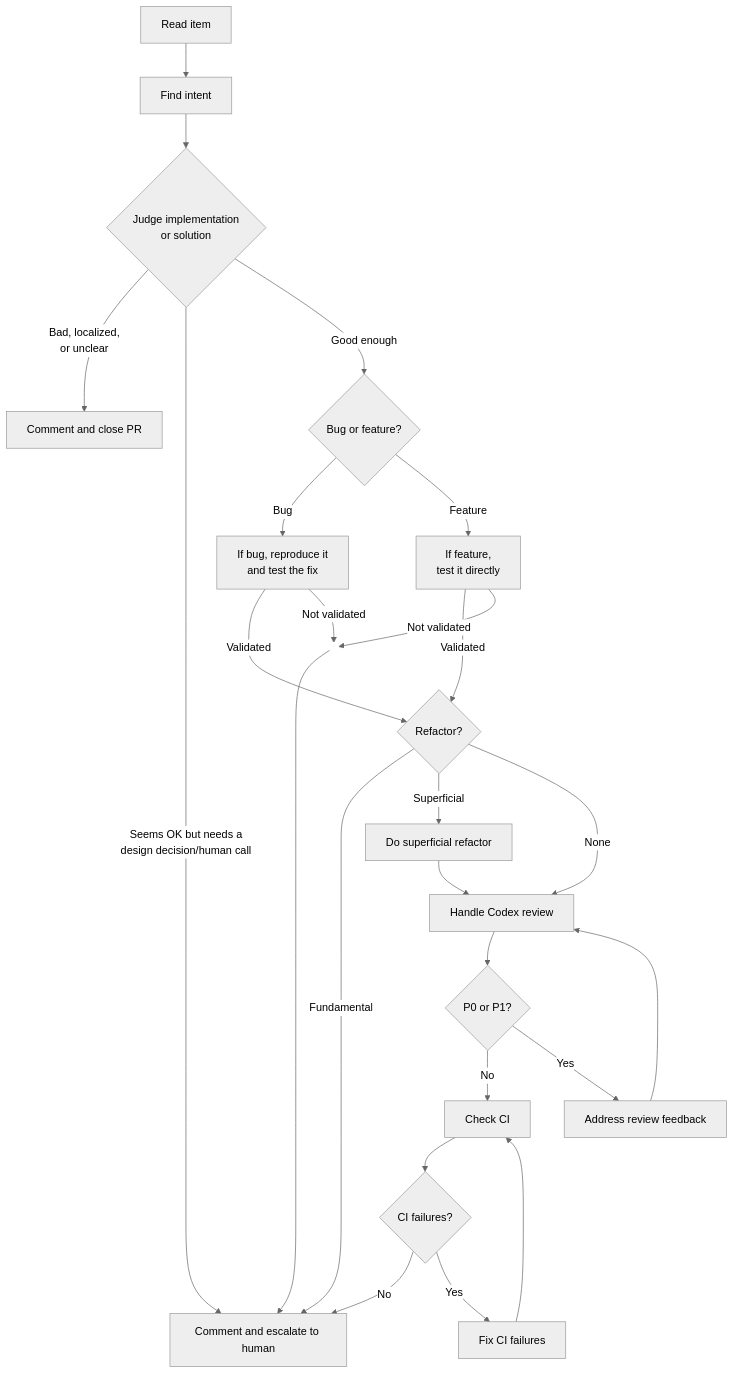
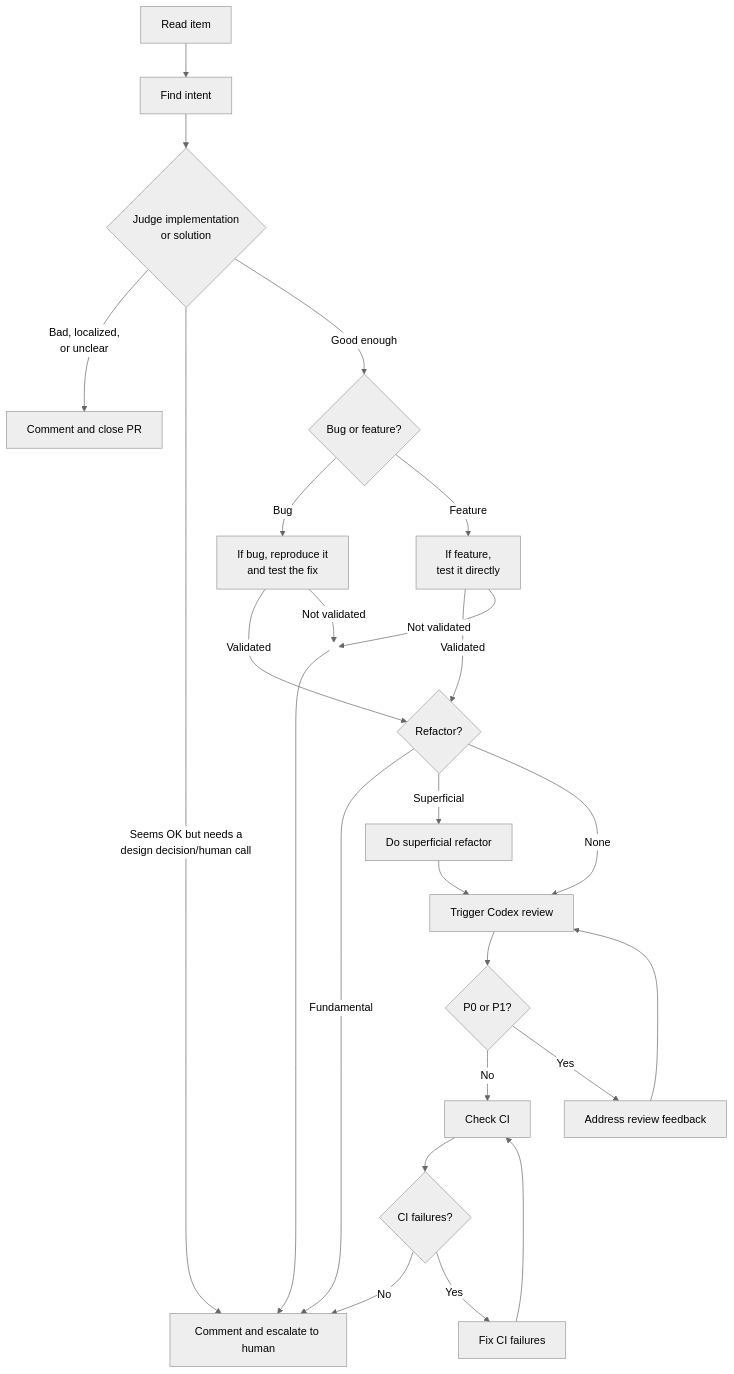
The diagram in agents/prompts/pr-issue-triage.md (osolmaz/tools), drawn with Mermaid (neutral theme) before and after one commit. The commit also changed other lines of this file, not shown here.

Commit message:
Rename Codex review step to trigger

````diff
--- a/agents/prompts/pr-issue-triage.md
+++ b/agents/prompts/pr-issue-triage.md
@@ -5,35 +5,35 @@
 ```mermaid
 flowchart TD
     classDef hidden fill:none,stroke:none,color:none,stroke-width:0px;
     A[Read item] --> B[Find intent]
     B --> C{"Judge implementation<br/>or solution"}
 
     C -->|"Bad, localized,<br/>or unclear"| D[Comment and close PR]
     C -->|"Seems OK but needs a<br/>design decision/human call"| E[Comment and escalate to human]
     C -->|Good enough| V{Bug or feature?}
 
     V -->|Bug| P[If bug, reproduce it<br/>and test the fix]
     V -->|Feature| T[If feature,<br/>test it directly]
 
     P -->|Validated| F{Refactor?}
     T -->|Validated| F
     P -->|"Not validated"| X(( ))
     T -->|"Not validated"| X
     X --> E
     X ~~~ F
     class X hidden
 
     F -->|Fundamental| E
     F -->|Superficial| R[Do superficial refactor]
-    F -->|None| G[Handle Codex review]
+    F -->|None| G[Trigger Codex review]
     R --> G
 
     G --> H{P0 or P1?}
     H -->|No| J[Check CI]
     H -->|Yes| I[Address review feedback]
     I --> G
     J --> K{CI failures?}
     K -->|No| E
     K -->|Yes| L[Fix CI failures]
     L --> J
 ```
````
